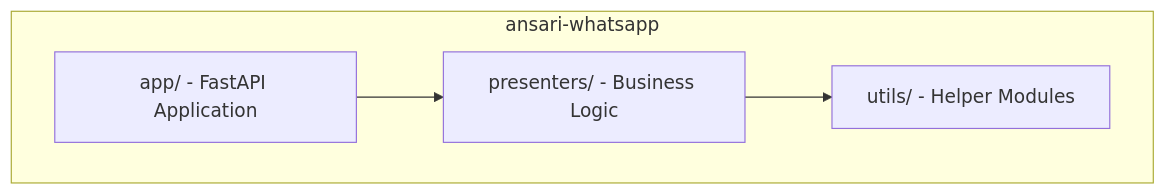
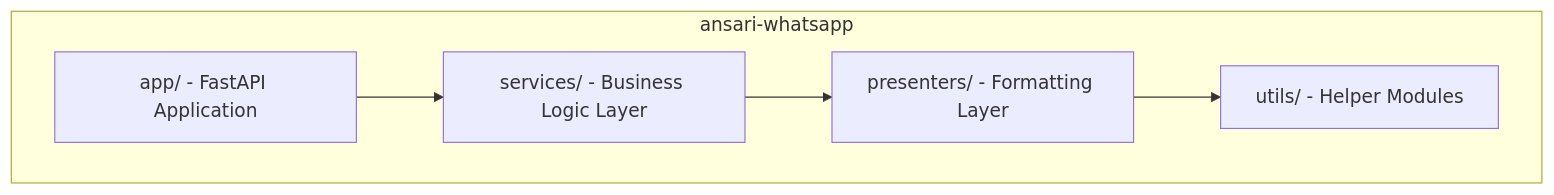
Before and after one commit to OdyAsh/ansari-whatsapp: the first of 3 diagrams in docs/lld/implementation_guide.md, drawn with Mermaid. The commit also changed other lines of this file and 7 other files, not shown here.

````diff
--- a/docs/lld/implementation_guide.md
+++ b/docs/lld/implementation_guide.md
@@ -51,8 +51,9 @@
 ```mermaid
 graph TD
     subgraph "ansari-whatsapp"
-        APP[app/ - FastAPI Application] --> Presenters
-        Presenters[presenters/ - Business Logic] --> Utils
+        APP[app/ - FastAPI Application] --> Services
+        Services[services/ - Business Logic Layer] --> Presenters
+        Presenters[presenters/ - Formatting Layer] --> Utils
         Utils[utils/ - Helper Modules]
     end
 ```
````
